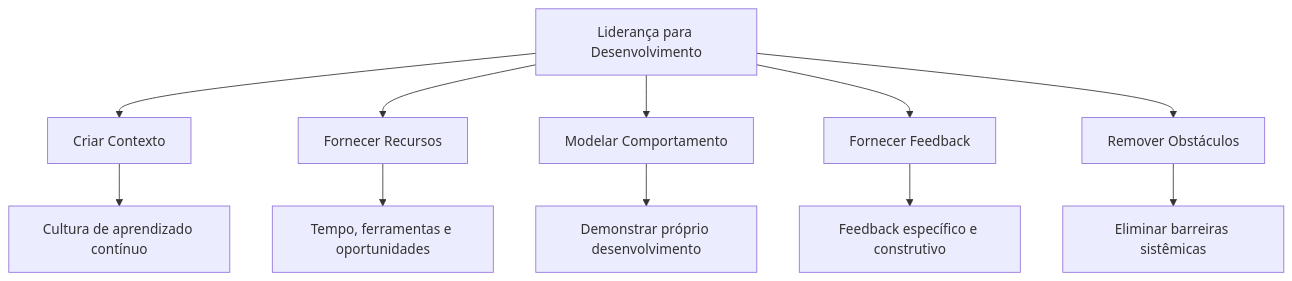
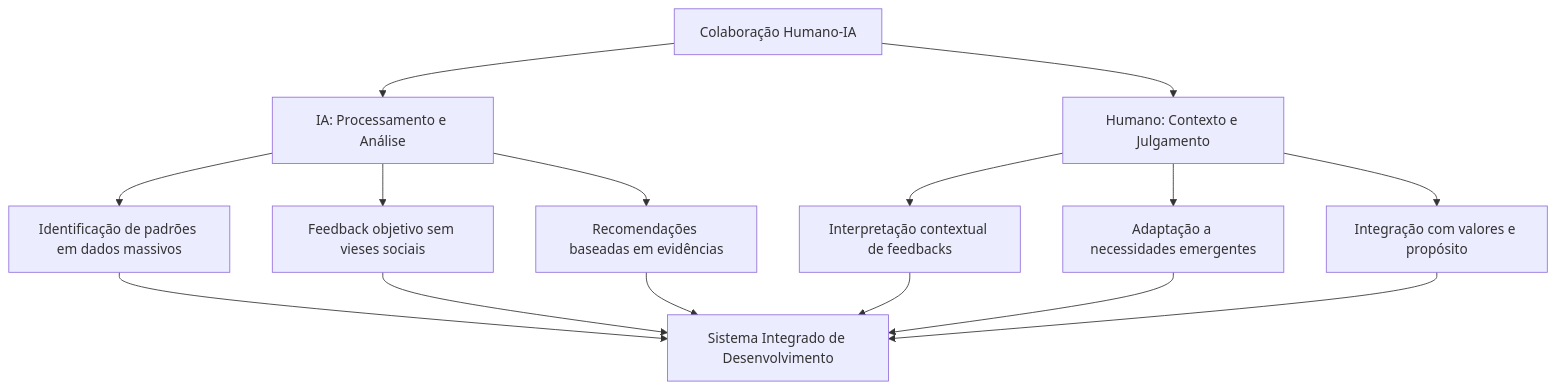
Before and after one commit to felipepimentel/my-public-notes: the seventh of 7 diagrams in Leadership/pdi.md, drawn with Mermaid. The commit also changed other lines of this file, not shown here.

````diff
--- a/Leadership/pdi.md
+++ b/Leadership/pdi.md
@@ -620,14 +736,20 @@
 ```mermaid
 graph TD
-    A[Liderança para Desenvolvimento] --> B[Criar Contexto]
-    A --> C[Fornecer Recursos]
-    A --> D[Modelar Comportamento]
-    A --> E[Fornecer Feedback]
-    A --> F[Remover Obstáculos]
+    A[Colaboração Humano-IA] --> B[IA: Processamento e Análise]
+    A --> C[Humano: Contexto e Julgamento]
     
-    B --> G[Cultura de aprendizado contínuo]
-    C --> H[Tempo, ferramentas e oportunidades]
-    D --> I[Demonstrar próprio desenvolvimento]
-    E --> J[Feedback específico e construtivo]
-    F --> K[Eliminar barreiras sistêmicas]
+    B --> D[Identificação de padrões em dados massivos]
+    B --> E[Feedback objetivo sem vieses sociais]
+    B --> F[Recomendações baseadas em evidências]
+    
+    C --> G[Interpretação contextual de feedbacks]
+    C --> H[Adaptação a necessidades emergentes]
+    C --> I[Integração com valores e propósito]
+    
+    D --> J[Sistema Integrado de Desenvolvimento]
+    E --> J
+    F --> J
+    G --> J
+    H --> J
+    I --> J
 ```
````
